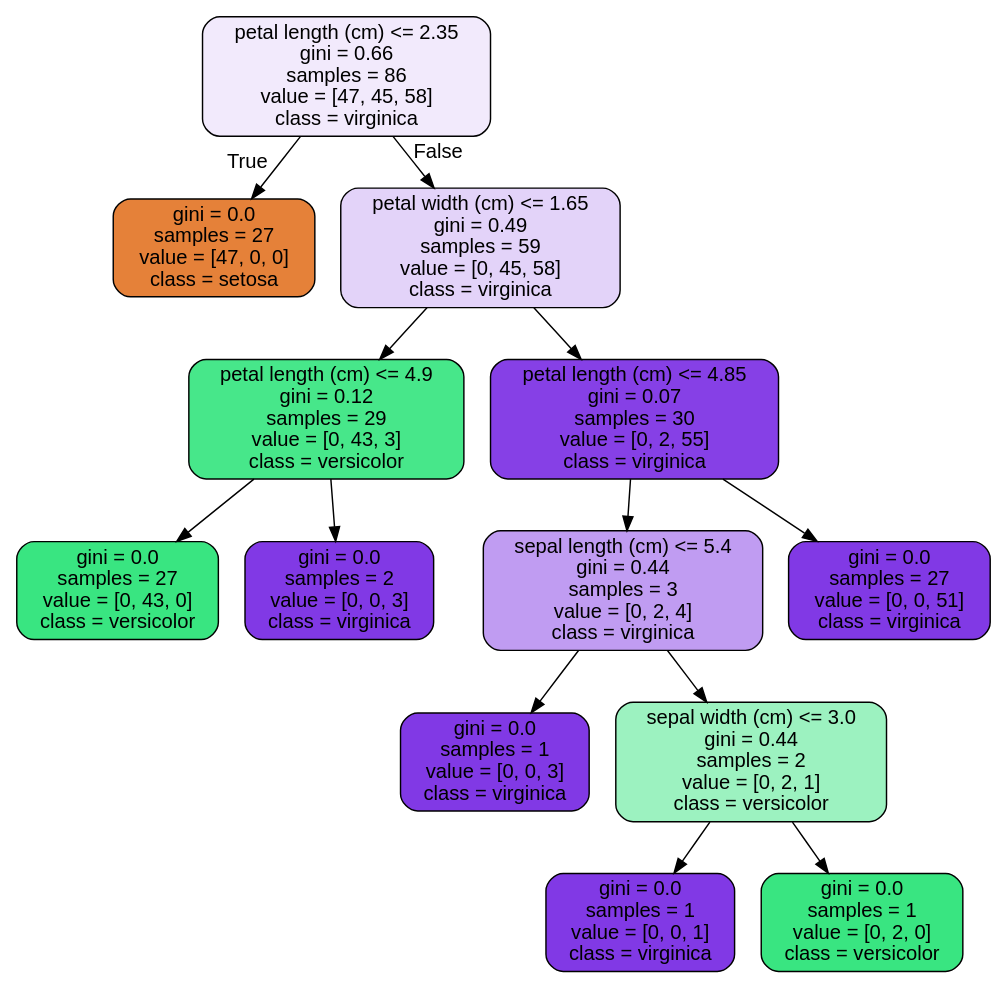
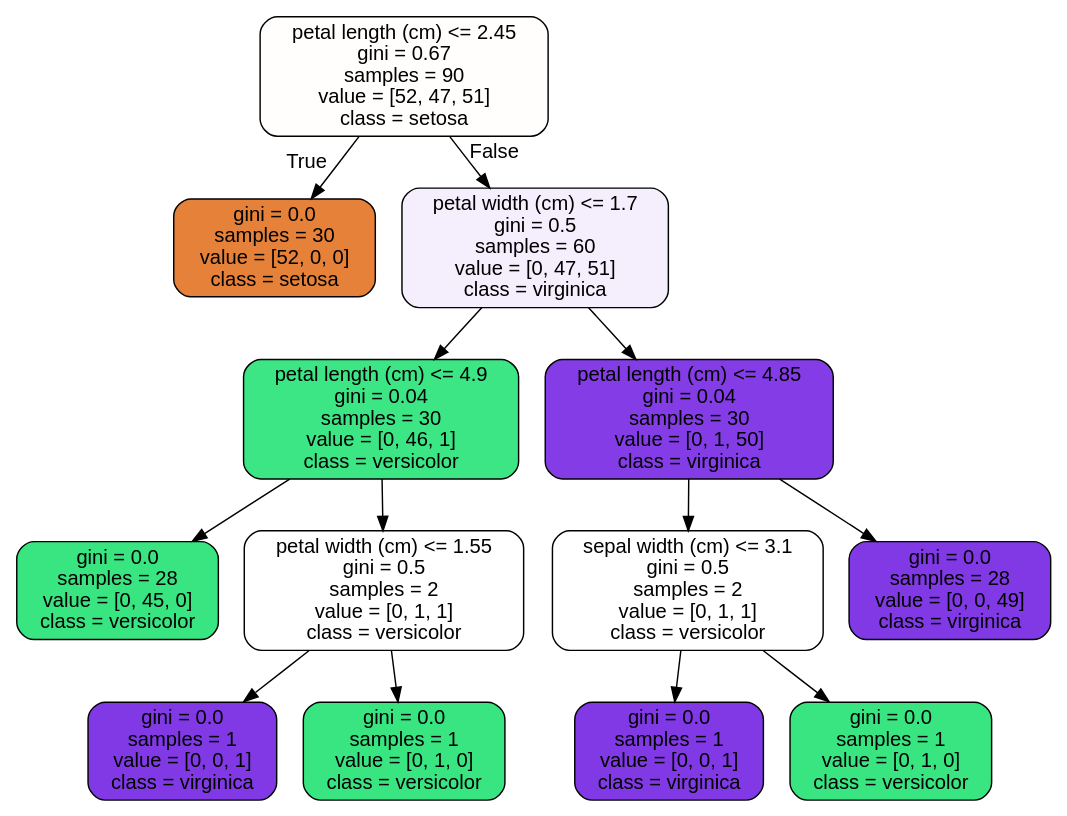
Before and after one commit to Hiram32/Springboard: the diagram in RandomForest_Covid_Case_Study/RandomForest Covid Case Study_06302020/tree.dot, drawn with Graphviz. The commit also changed 3 other files, not shown here.

```diff
--- a/RandomForest_Covid_Case_Study/RandomForest Covid Case Study_06302020/tree.dot
+++ b/RandomForest_Covid_Case_Study/RandomForest Covid Case Study_06302020/tree.dot
@@ -1,29 +1,29 @@
 digraph Tree {
 node [shape=box, style="filled, rounded", color="black", fontname="helvetica"] ;
 edge [fontname="helvetica"] ;
-0 [label="petal length (cm) <= 2.35\ngini = 0.66\nsamples = 86\nvalue = [47, 45, 58]\nclass = virginica", fillcolor="#f2eafc"] ;
-1 [label="gini = 0.0\nsamples = 27\nvalue = [47, 0, 0]\nclass = setosa", fillcolor="#e58139"] ;
+0 [label="petal length (cm) <= 2.45\ngini = 0.67\nsamples = 90\nvalue = [52, 47, 51]\nclass = setosa", fillcolor="#fffefd"] ;
+1 [label="gini = 0.0\nsamples = 30\nvalue = [52, 0, 0]\nclass = setosa", fillcolor="#e58139"] ;
 0 -> 1 [labeldistance=2.5, labelangle=45, headlabel="True"] ;
-2 [label="petal width (cm) <= 1.65\ngini = 0.49\nsamples = 59\nvalue = [0, 45, 58]\nclass = virginica", fillcolor="#e3d3f9"] ;
+2 [label="petal width (cm) <= 1.7\ngini = 0.5\nsamples = 60\nvalue = [0, 47, 51]\nclass = virginica", fillcolor="#f5effd"] ;
 0 -> 2 [labeldistance=2.5, labelangle=-45, headlabel="False"] ;
-3 [label="petal length (cm) <= 4.9\ngini = 0.12\nsamples = 29\nvalue = [0, 43, 3]\nclass = versicolor", fillcolor="#47e78a"] ;
+3 [label="petal length (cm) <= 4.9\ngini = 0.04\nsamples = 30\nvalue = [0, 46, 1]\nclass = versicolor", fillcolor="#3de684"] ;
 2 -> 3 ;
-4 [label="gini = 0.0\nsamples = 27\nvalue = [0, 43, 0]\nclass = versicolor", fillcolor="#39e581"] ;
+4 [label="gini = 0.0\nsamples = 28\nvalue = [0, 45, 0]\nclass = versicolor", fillcolor="#39e581"] ;
 3 -> 4 ;
-5 [label="gini = 0.0\nsamples = 2\nvalue = [0, 0, 3]\nclass = virginica", fillcolor="#8139e5"] ;
+5 [label="petal width (cm) <= 1.55\ngini = 0.5\nsamples = 2\nvalue = [0, 1, 1]\nclass = versicolor", fillcolor="#ffffff"] ;
 3 -> 5 ;
-6 [label="petal length (cm) <= 4.85\ngini = 0.07\nsamples = 30\nvalue = [0, 2, 55]\nclass = virginica", fillcolor="#8640e6"] ;
-2 -> 6 ;
-7 [label="sepal length (cm) <= 5.4\ngini = 0.44\nsamples = 3\nvalue = [0, 2, 4]\nclass = virginica", fillcolor="#c09cf2"] ;
-6 -> 7 ;
-8 [label="gini = 0.0\nsamples = 1\nvalue = [0, 0, 3]\nclass = virginica", fillcolor="#8139e5"] ;
-7 -> 8 ;
-9 [label="sepal width (cm) <= 3.0\ngini = 0.44\nsamples = 2\nvalue = [0, 2, 1]\nclass = versicolor", fillcolor="#9cf2c0"] ;
-7 -> 9 ;
+6 [label="gini = 0.0\nsamples = 1\nvalue = [0, 0, 1]\nclass = virginica", fillcolor="#8139e5"] ;
+5 -> 6 ;
+7 [label="gini = 0.0\nsamples = 1\nvalue = [0, 1, 0]\nclass = versicolor", fillcolor="#39e581"] ;
+5 -> 7 ;
+8 [label="petal length (cm) <= 4.85\ngini = 0.04\nsamples = 30\nvalue = [0, 1, 50]\nclass = virginica", fillcolor="#843de6"] ;
+2 -> 8 ;
+9 [label="sepal width (cm) <= 3.1\ngini = 0.5\nsamples = 2\nvalue = [0, 1, 1]\nclass = versicolor", fillcolor="#ffffff"] ;
+8 -> 9 ;
 10 [label="gini = 0.0\nsamples = 1\nvalue = [0, 0, 1]\nclass = virginica", fillcolor="#8139e5"] ;
 9 -> 10 ;
-11 [label="gini = 0.0\nsamples = 1\nvalue = [0, 2, 0]\nclass = versicolor", fillcolor="#39e581"] ;
+11 [label="gini = 0.0\nsamples = 1\nvalue = [0, 1, 0]\nclass = versicolor", fillcolor="#39e581"] ;
 9 -> 11 ;
-12 [label="gini = 0.0\nsamples = 27\nvalue = [0, 0, 51]\nclass = virginica", fillcolor="#8139e5"] ;
-6 -> 12 ;
+12 [label="gini = 0.0\nsamples = 28\nvalue = [0, 0, 49]\nclass = virginica", fillcolor="#8139e5"] ;
+8 -> 12 ;
 }
```
